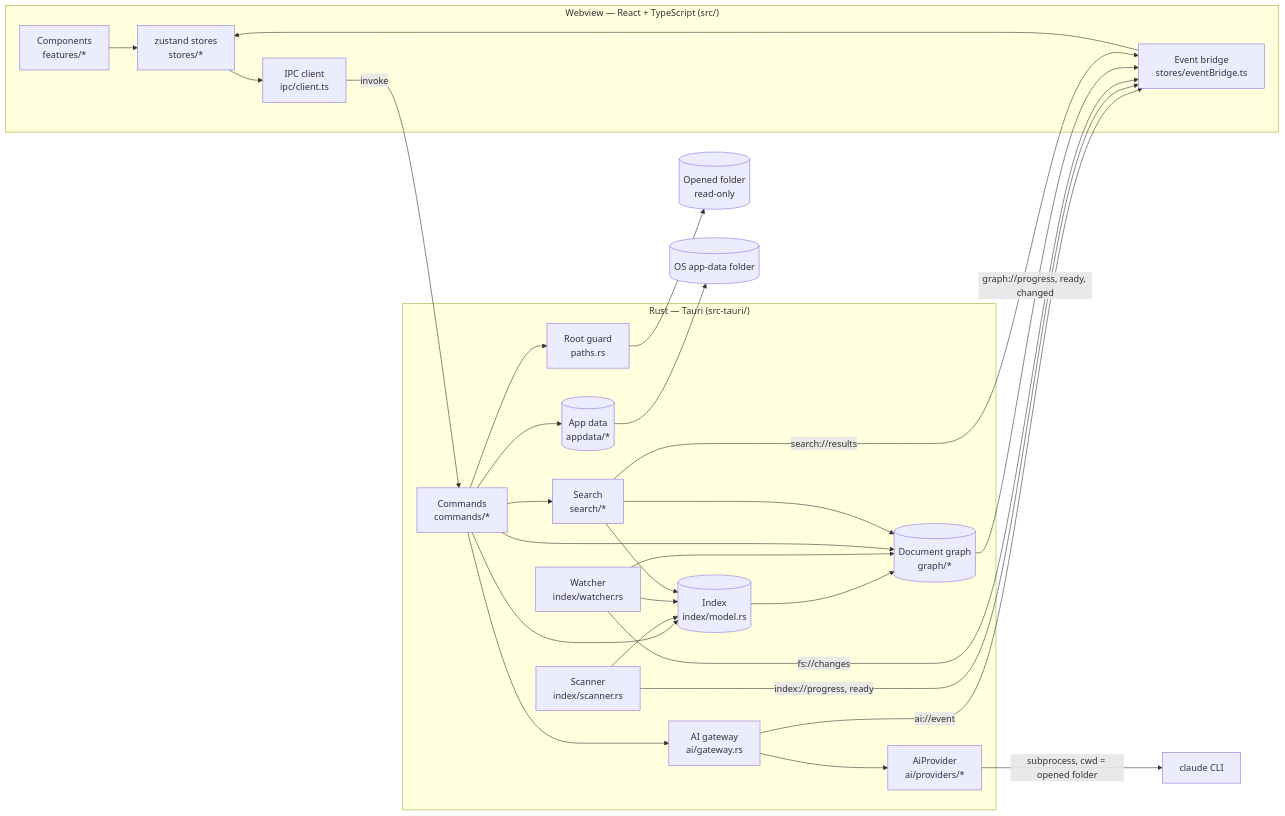
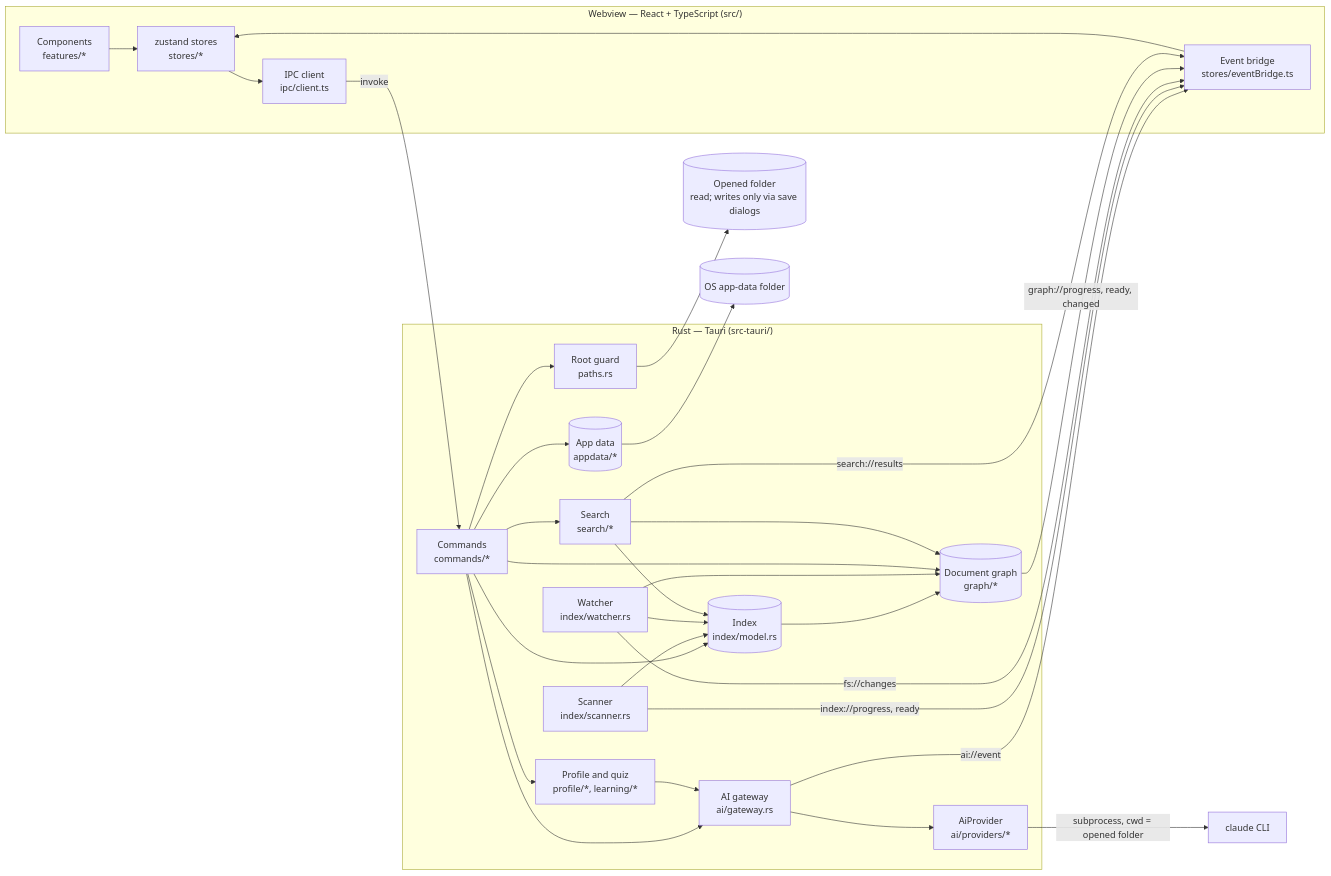
The first of 9 diagrams in docs/architecture.md (jean3978/IGrasp), drawn with Mermaid before and after one commit. The commit also changed other lines of this file and 20 other files, not shown here.

First line of the commit message:
docs: ADRs 0021-0024, quiz and project profile pages, architecture, README for 0.4.0

````diff
--- a/docs/architecture.md
+++ b/docs/architecture.md
@@ -8,32 +8,34 @@
 ```mermaid
 flowchart LR
   subgraph Webview["Webview — React + TypeScript (src/)"]
     UI[Components<br/>features/*] --> Stores[zustand stores<br/>stores/*]
     Stores --> Client[IPC client<br/>ipc/client.ts]
     Bridge[Event bridge<br/>stores/eventBridge.ts] --> Stores
   end
   subgraph Rust["Rust — Tauri (src-tauri/)"]
     Commands[Commands<br/>commands/*] --> Guard[Root guard<br/>paths.rs]
     Commands --> Index[(Index<br/>index/model.rs)]
     Scanner[Scanner<br/>index/scanner.rs] --> Index
     Watcher[Watcher<br/>index/watcher.rs] --> Index
     Index --> Graph[(Document graph<br/>graph/*)]
     Watcher --> Graph
     Commands --> Graph
     Commands --> Search[Search<br/>search/*]
     Search --> Index
     Search --> Graph
     Commands --> AppData[(App data<br/>appdata/*)]
     Commands --> Gateway[AI gateway<br/>ai/gateway.rs]
     Gateway --> Provider[AiProvider<br/>ai/providers/*]
+    Commands --> Learning[Profile and quiz<br/>profile/*, learning/*]
+    Learning --> Gateway
   end
   Provider -- "subprocess, cwd = opened folder" --> CLI[claude CLI]
   Gateway -- "ai://event" --> Bridge
   Client -- invoke --> Commands
   Scanner -- "index://progress, ready" --> Bridge
   Watcher -- "fs://changes" --> Bridge
   Graph -- "graph://progress, ready, changed" --> Bridge
   Search -- "search://results" --> Bridge
-  Guard --> Folder[(Opened folder<br/>read-only)]
+  Guard --> Folder[(Opened folder<br/>read; writes only via save dialogs)]
   AppData --> Disk[(OS app-data folder)]
 ```
````
